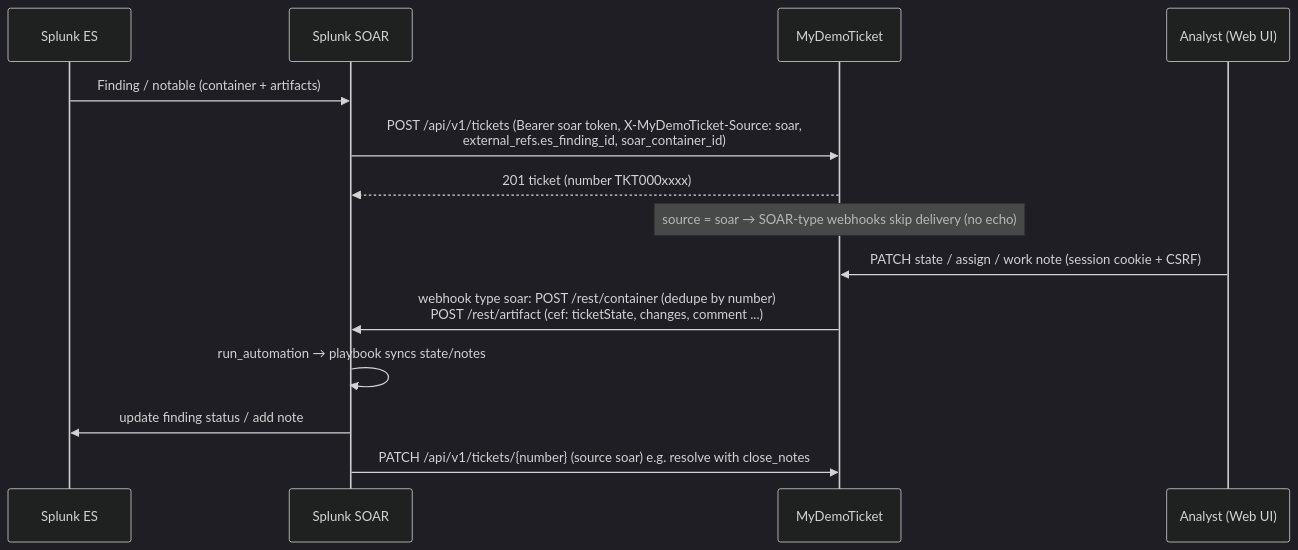
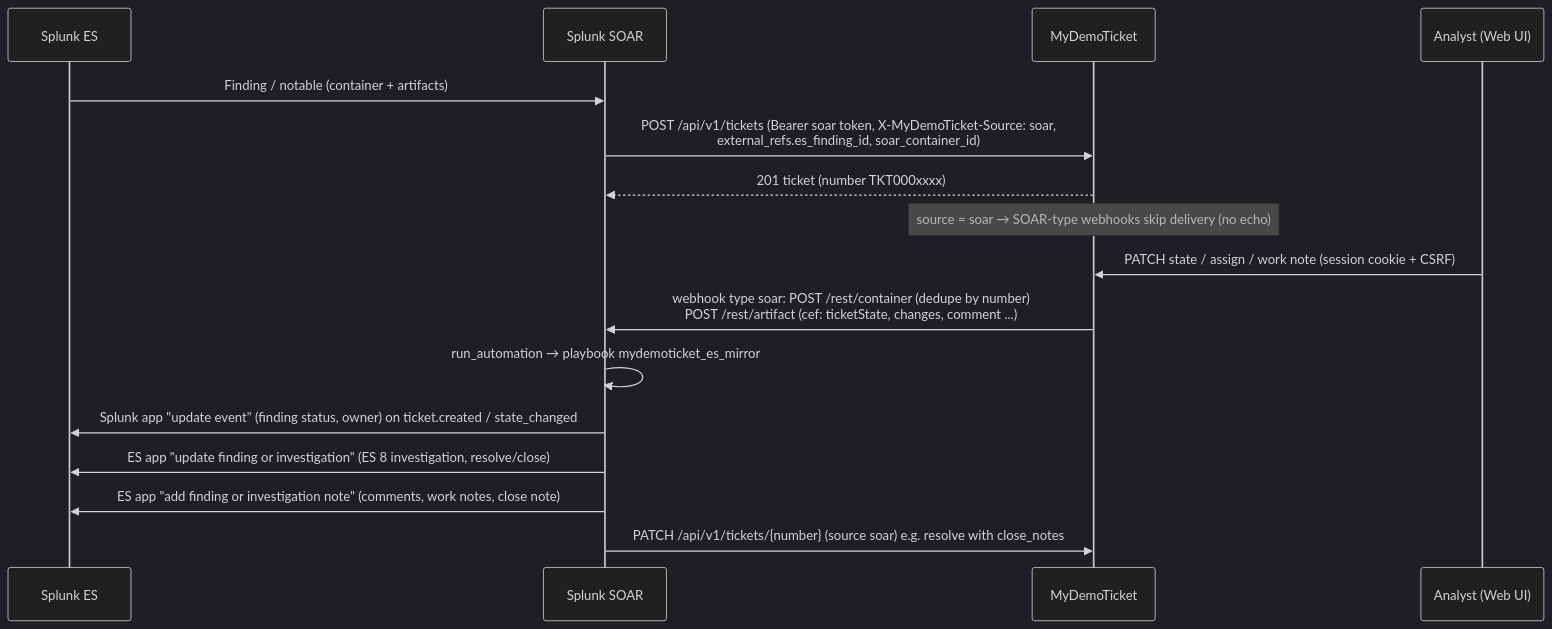
Before and after one commit to abuis78/MyDemoTicket: the first of 2 diagrams in docs/architecture.md, drawn with Mermaid (dark theme). The commit also changed other lines of this file and 11 other files, not shown here.

````diff
--- a/docs/architecture.md
+++ b/docs/architecture.md
@@ -36,17 +64,19 @@
 ```mermaid
 sequenceDiagram
     participant ES as Splunk ES
     participant SOAR as Splunk SOAR
     participant MDT as MyDemoTicket
     participant UI as Analyst (Web UI)
 
     ES->>SOAR: Finding / notable (container + artifacts)
     SOAR->>MDT: POST /api/v1/tickets (Bearer soar token, X-MyDemoTicket-Source: soar,<br/>external_refs.es_finding_id, soar_container_id)
     MDT-->>SOAR: 201 ticket (number TKT000xxxx)
     Note over MDT: source = soar → SOAR-type webhooks skip delivery (no echo)
     UI->>MDT: PATCH state / assign / work note (session cookie + CSRF)
     MDT->>SOAR: webhook type soar: POST /rest/container (dedupe by number)<br/>POST /rest/artifact (cef: ticketState, changes, comment ...)
-    SOAR->>SOAR: run_automation → playbook syncs state/notes
-    SOAR->>ES: update finding status / add note
+    SOAR->>SOAR: run_automation → playbook mydemoticket_es_mirror
+    SOAR->>ES: Splunk app "update event" (finding status, owner) on ticket.created / state_changed
+    SOAR->>ES: ES app "update finding or investigation" (ES 8 investigation, resolve/close)
+    SOAR->>ES: ES app "add finding or investigation note" (comments, work notes, close note)
     SOAR->>MDT: PATCH /api/v1/tickets/{number} (source soar) e.g. resolve with close_notes
 ```
````
